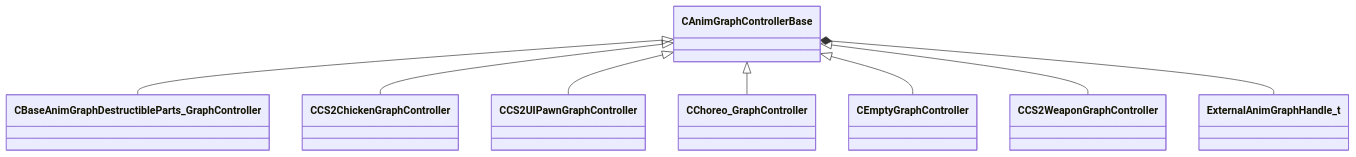
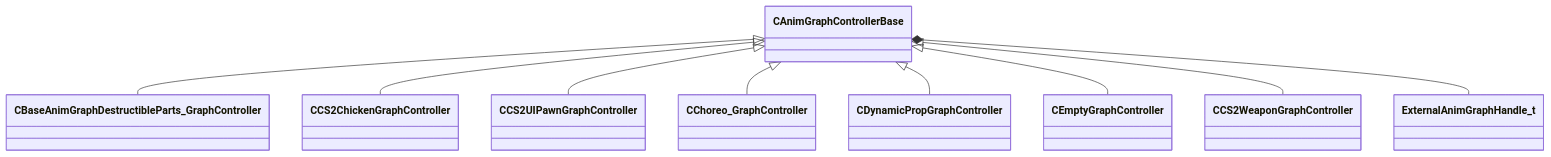
The diagram in docs/generated/schemas/server/CAnimGraphControllerBase.md (CS2OpenDev/CS2OpenDev-Docs), drawn with Mermaid before and after one commit. The commit also changed other lines of this file and 4654 other files, not shown here.

Commit message:
docs: regenerate for SchemaTracker build 25947352 [skip ci]

````diff
--- a/docs/generated/schemas/server/CAnimGraphControllerBase.md
+++ b/docs/generated/schemas/server/CAnimGraphControllerBase.md
@@ -19,10 +19,11 @@
 ```mermaid
 classDiagram
     CAnimGraphControllerBase <|-- CBaseAnimGraphDestructibleParts_GraphController
     CAnimGraphControllerBase <|-- CCS2ChickenGraphController
     CAnimGraphControllerBase <|-- CCS2UIPawnGraphController
     CAnimGraphControllerBase <|-- CChoreo_GraphController
+    CAnimGraphControllerBase <|-- CDynamicPropGraphController
     CAnimGraphControllerBase <|-- CEmptyGraphController
     CAnimGraphControllerBase <|-- CCS2WeaponGraphController
     CAnimGraphControllerBase *-- ExternalAnimGraphHandle_t
 ```
````
